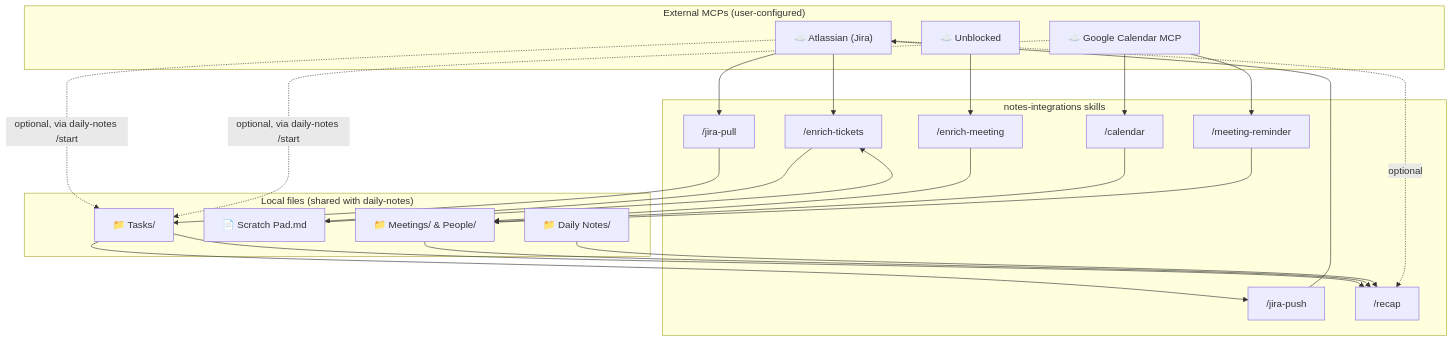
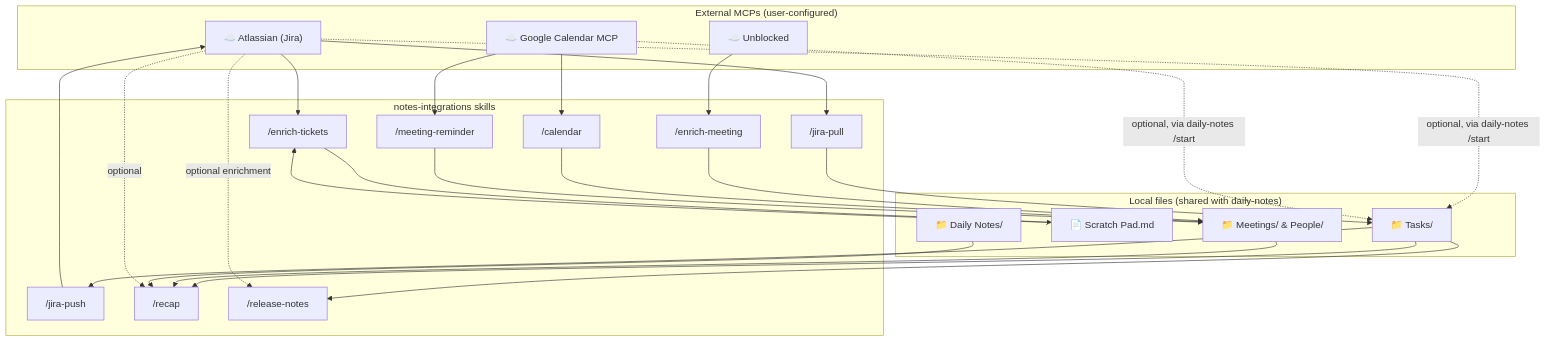
Before and after one commit to GhaidaAlAtoum/plugin-playground: the first of 2 diagrams in plugins/productivity/notes-integrations/CONTRIBUTING.md, drawn with Mermaid. The commit also changed other lines of this file and 10 other files, not shown here.

First line of the commit message:
Phase 4: role expansion — /one-on-one-prep, /team-recap, /release-notes

````diff
--- a/plugins/productivity/notes-integrations/CONTRIBUTING.md
+++ b/plugins/productivity/notes-integrations/CONTRIBUTING.md
@@ -9,39 +9,42 @@
 ```mermaid
 flowchart TB
     subgraph ext["External MCPs (user-configured)"]
         AT["☁️ Atlassian (Jira)"]
         UB["☁️ Unblocked"]
         GC["☁️ Google Calendar MCP"]
     end
 
     subgraph ni["notes-integrations skills"]
         jp["/jira-pull"]
         jpush["/jira-push"]
         tn["/enrich-tickets"]
         mc["/enrich-meeting"]
         recap["/recap"]
+        rn["/release-notes"]
         cal["/calendar"]
         mr["/meeting-reminder"]
     end
 
     subgraph local["Local files (shared with daily-notes)"]
         TF["📁 Tasks/"]
         SP["📄 Scratch Pad.md"]
         MF["📁 Meetings/ & People/"]
         DN["📁 Daily Notes/"]
     end
 
     AT --> jp --> TF
     TF --> jpush --> AT
     AT --> tn
     SP --> tn --> SP
     UB --> mc --> MF
     TF & MF & DN --> recap
     AT -.->|optional| recap
+    TF --> rn
+    AT -.->|optional enrichment| rn
     GC --> cal --> MF
     GC --> mr --> MF
 
     %% /start (in daily-notes) reads Atlassian + Google Calendar when available
     AT -.->|optional, via daily-notes /start| TF
     GC -.->|optional, via daily-notes /start| TF
 ```
````
